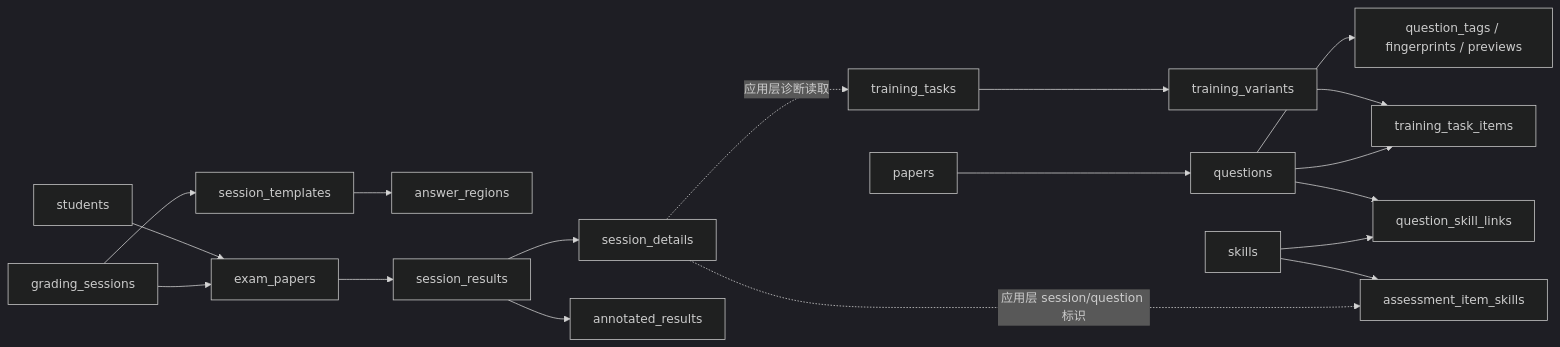
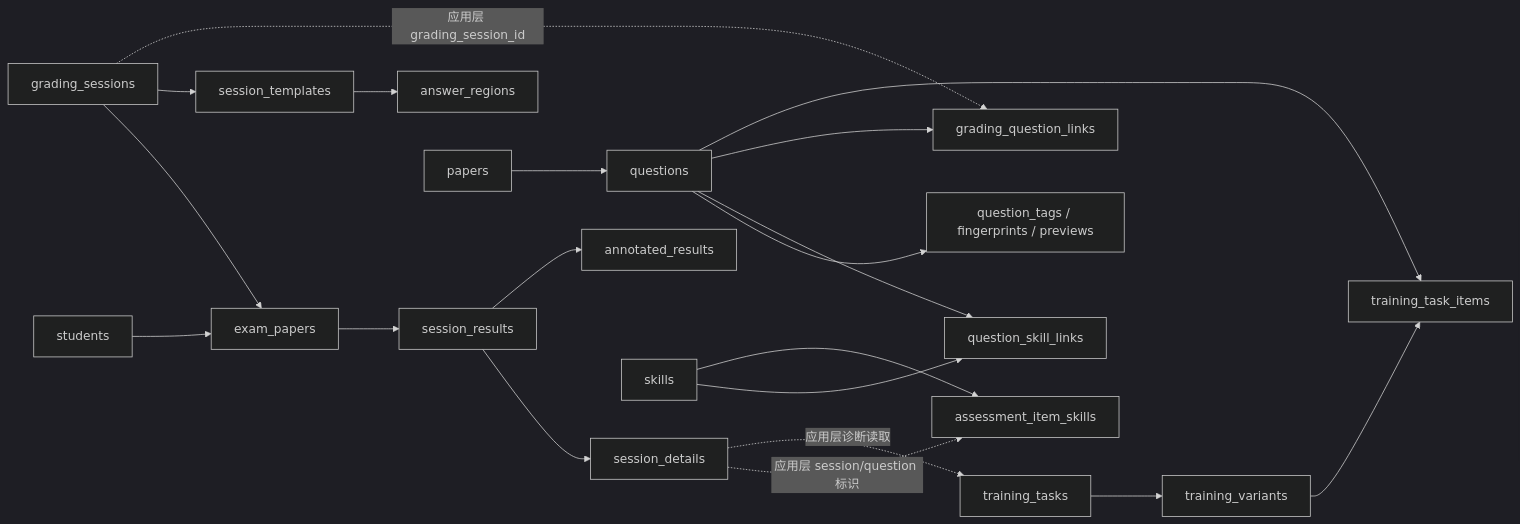
One commit to Hineni412/ai-grading-system-workstation changed the fifth of 5 diagrams in ARCHITECTURE.md. Above: the diagram before and after it, drawn with Mermaid (dark theme). The commit also changed other lines of this file and 1 other file, not shown here.

Commit message:
docs: document grading paper skill workflow

````diff
--- a/ARCHITECTURE.md
+++ b/ARCHITECTURE.md
@@ -312,22 +336,24 @@
 ```mermaid
 flowchart LR
     Student["students"] --> Paper["exam_papers"]
     Session["grading_sessions"] --> Paper
     Session --> Template["session_templates"]
     Template --> Region["answer_regions"]
     Paper --> Result["session_results"]
     Result --> Detail["session_details"]
     Result --> Annotation["annotated_results"]
 
     QPaper["papers"] --> Question["questions"]
     Question --> Tag["question_tags / fingerprints / previews"]
     Question --> QSkill["question_skill_links"]
+    Question --> GLink["grading_question_links"]
     Skill["skills"] --> QSkill
     Skill --> ASkill["assessment_item_skills"]
     Task["training_tasks"] --> Variant["training_variants"]
     Variant --> Item["training_task_items"]
     Question --> Item
 
     Detail -. "应用层 session/question 标识" .-> ASkill
+    Session -. "应用层 grading_session_id" .-> GLink
     Detail -. "应用层诊断读取" .-> Task
 ```
````
